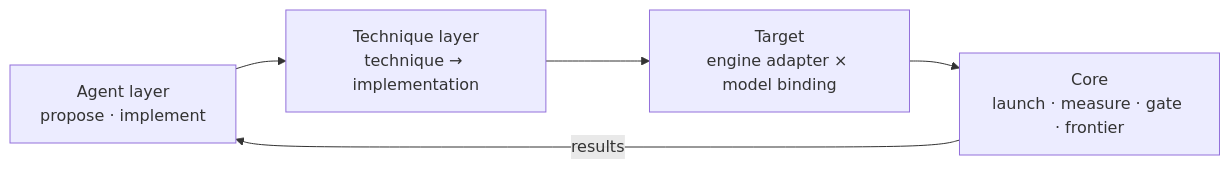
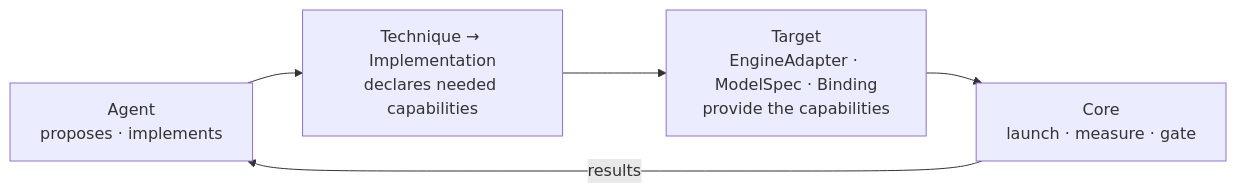
The diagram in README.md (fractalyze/optimizer), drawn with Mermaid before and after one commit. The commit also changed other lines of this file and 15 other files, not shown here.

````diff
--- a/README.md
+++ b/README.md
@@ -13,7 +13,7 @@
 ```mermaid
 flowchart LR
-    Agent["Agent layer<br/>propose · implement"] --> Tech["Technique layer<br/>technique → implementation"]
-    Tech --> Target["Target<br/>engine adapter × model binding"]
-    Target --> Core["Core<br/>launch · measure · gate · frontier"]
+    Agent["Agent<br/>proposes · implements"] --> Tech["Technique → Implementation<br/>declares needed capabilities"]
+    Tech --> Target["Target<br/>EngineAdapter · ModelSpec · Binding<br/>provide the capabilities"]
+    Target --> Core["Core<br/>launch · measure · gate"]
     Core -->|results| Agent
 ```
````
